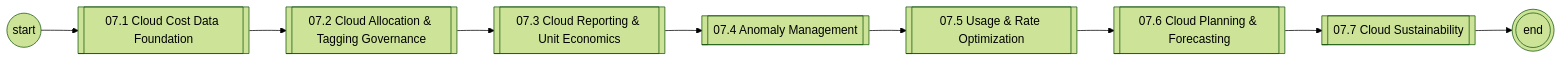
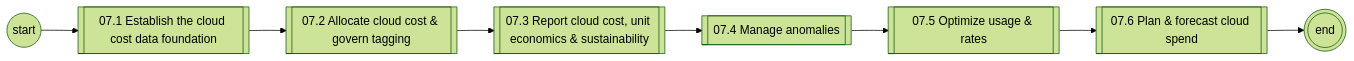
One commit to corbyjames/apptio-process-catalog changed the first of 7 diagrams in diagrams/mermaid/area-07.md. Above: the diagram before and after it, drawn with Mermaid (forest theme). The commit also changed other lines of this file and 251 other files, not shown here.

````diff
--- a/diagrams/mermaid/area-07.md
+++ b/diagrams/mermaid/area-07.md
@@ -7,19 +7,17 @@
 ```mermaid
 flowchart LR
   S((start))
-  N07_1[["07.1 Cloud Cost Data Foundation"]]
+  N07_1[["07.1 Establish the cloud cost data foundation"]]
   S --> N07_1
-  N07_2[["07.2 Cloud Allocation & Tagging Governance"]]
+  N07_2[["07.2 Allocate cloud cost & govern tagging"]]
   N07_1 --> N07_2
-  N07_3[["07.3 Cloud Reporting & Unit Economics"]]
+  N07_3[["07.3 Report cloud cost, unit economics & sustainability"]]
   N07_2 --> N07_3
-  N07_4[["07.4 Anomaly Management"]]
+  N07_4[["07.4 Manage anomalies"]]
   N07_3 --> N07_4
-  N07_5[["07.5 Usage & Rate Optimization"]]
+  N07_5[["07.5 Optimize usage & rates"]]
   N07_4 --> N07_5
-  N07_6[["07.6 Cloud Planning & Forecasting"]]
+  N07_6[["07.6 Plan & forecast cloud spend"]]
   N07_5 --> N07_6
-  N07_7[["07.7 Cloud Sustainability"]]
-  N07_6 --> N07_7
-  N07_7 --> E(((end)))
+  N07_6 --> E(((end)))
 ```
````
